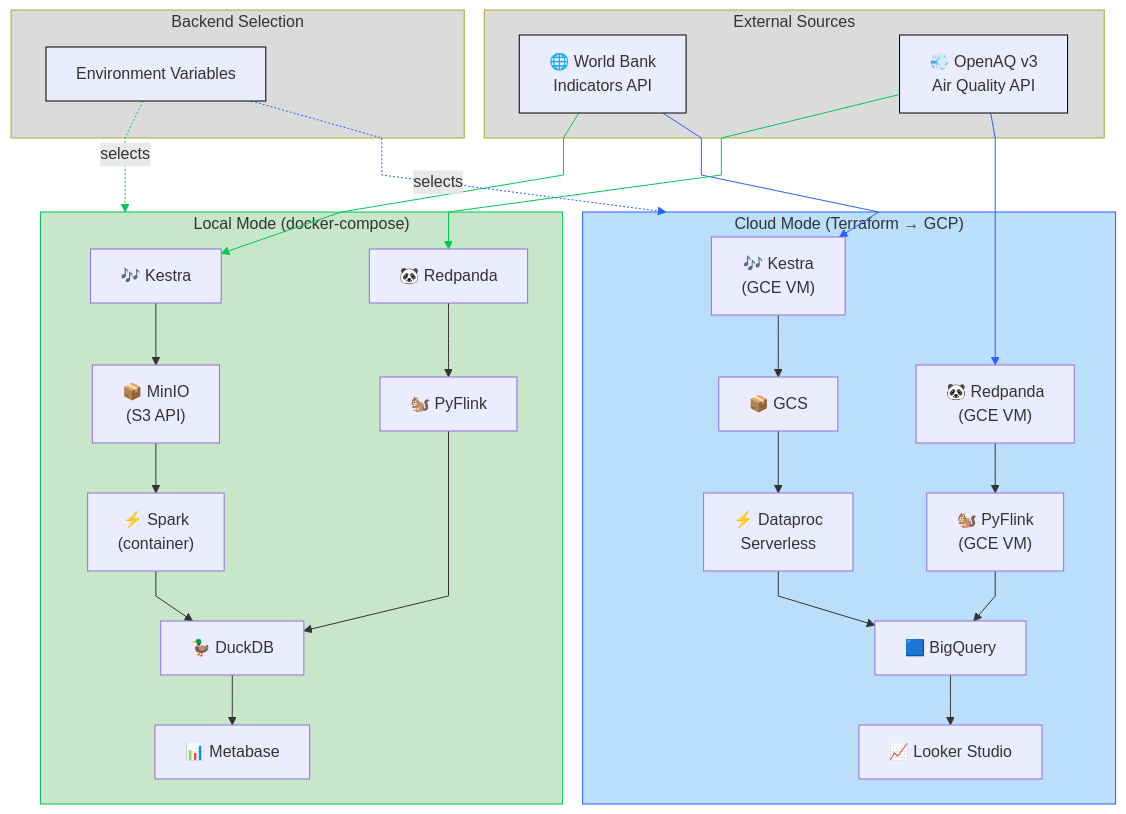
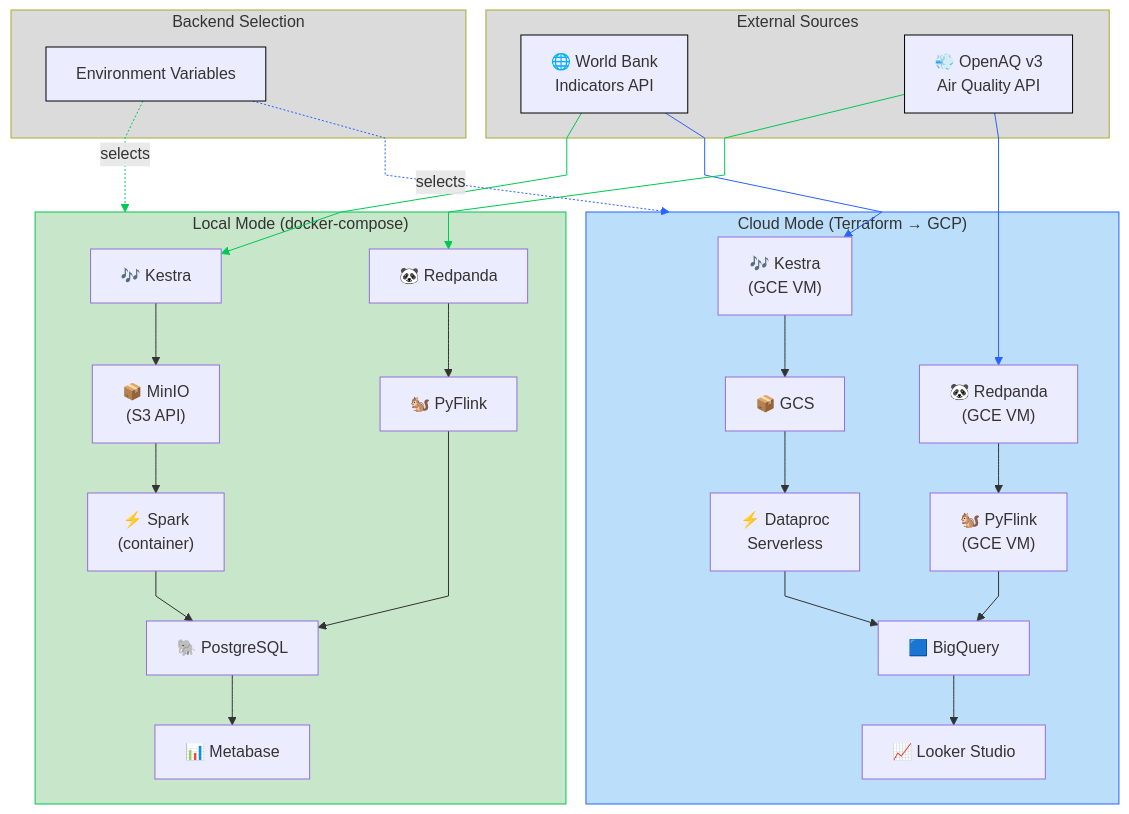
One commit to elcapo/data-engineering-zoomcamp changed the diagram in proyecto-clima-y-desarrollo/README.md. Above: the diagram before and after it, drawn with Mermaid. The commit also changed other lines of this file and 37 other files, not shown here.

````diff
--- a/proyecto-clima-y-desarrollo/README.md
+++ b/proyecto-clima-y-desarrollo/README.md
@@ -85,68 +85,68 @@
 ```mermaid
 flowchart TB
  subgraph Sources["External Sources"]
         WB["🌐 World Bank<br>Indicators API"]
         OAQ["💨 OpenAQ v3<br>Air Quality API"]
   end
  subgraph Abstraction["Backend Selection"]
         ENV["Environment Variables"]
   end
  subgraph Local["Local Mode (docker-compose)"]
         L_Kestra["🎶 Kestra"]
         L_Storage["📦 MinIO<br>(S3 API)"]
         L_Stream["🐼 Redpanda"]
         L_Flink["🐿️ PyFlink"]
         L_Spark["⚡ Spark<br>(container)"]
-        L_DWH["🦆 DuckDB"]
+        L_DWH["🐘 PostgreSQL"]
         L_BI["📊 Metabase"]
   end
  subgraph Cloud["Cloud Mode (Terraform → GCP)"]
         C_Kestra["🎶 Kestra<br>(GCE VM)"]
         C_Storage["📦 GCS"]
         C_Stream["🐼 Redpanda<br>(GCE VM)"]
         C_Flink["🐿️ PyFlink<br>(GCE VM)"]
         C_Spark["⚡ Dataproc<br>Serverless"]
         C_DWH["🟦 BigQuery"]
         C_BI["📈 Looker Studio"]
   end
     WB L_WB_L_Kestra_0@--> L_Kestra & C_Kestra
     OAQ L_OAQ_L_Stream_0@--> L_Stream & C_Stream
     ENV L_ENV_Local_0@-. selects .-> Local & Cloud
     L_Kestra --> L_Storage
     L_Storage --> L_Spark
     L_Spark L_L_Spark_L_DWH_0@--> L_DWH
     L_DWH --> L_BI
     L_Stream --> L_Flink
     L_Flink L_L_Flink_L_DWH_0@--> L_DWH
     C_Kestra --> C_Storage
     C_Storage --> C_Spark
     C_Spark L_C_Spark_C_DWH_0@--> C_DWH
     C_DWH --> C_BI
     C_Stream --> C_Flink
     C_Flink L_C_Flink_C_DWH_0@--> C_DWH
 
     style WB stroke:#000000
     style OAQ stroke:#000000
     style ENV stroke:#000000
     style Local fill:#C8E6C9,stroke:#00C853
     style Cloud stroke:#2962FF,fill:#BBDEFB
     style Abstraction fill:#dbdbdb
     style Sources fill:#dbdbdb
     linkStyle 0 stroke:#00C853,fill:none
     linkStyle 1 stroke:#2962FF,fill:none
     linkStyle 2 stroke:#00C853,fill:none
     linkStyle 3 stroke:#2962FF,fill:none
     linkStyle 4 stroke:#00C853,fill:none
     linkStyle 5 stroke:#2962FF,fill:none
 
     L_WB_L_Kestra_0@{ curve: linear } 
     L_WB_C_Kestra_0@{ curve: linear } 
     L_OAQ_L_Stream_0@{ curve: linear } 
     L_OAQ_C_Stream_0@{ curve: linear } 
     L_ENV_Local_0@{ curve: linear } 
     L_ENV_Cloud_0@{ curve: linear } 
     L_L_Spark_L_DWH_0@{ curve: linear } 
     L_L_Flink_L_DWH_0@{ curve: linear } 
     L_C_Spark_C_DWH_0@{ curve: linear } 
     L_C_Flink_C_DWH_0@{ curve: linear }
 ```
````
